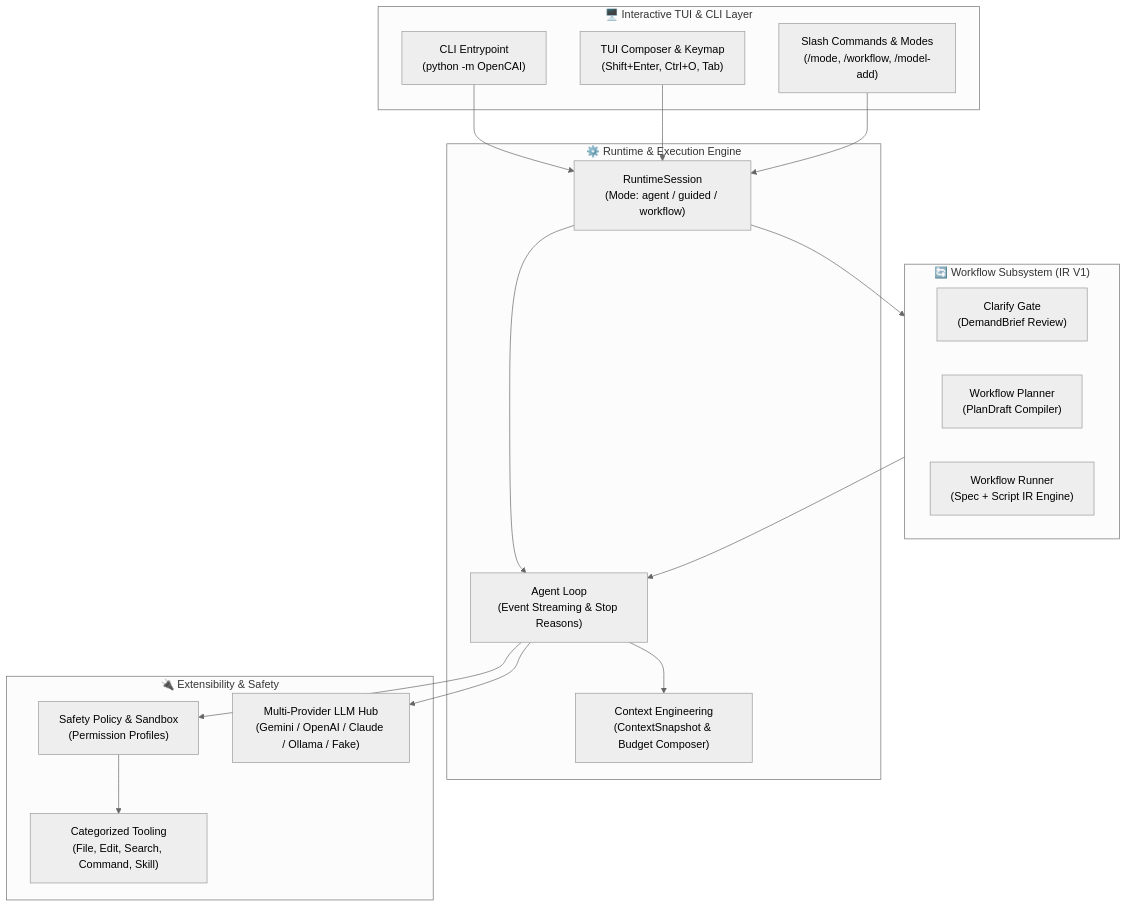
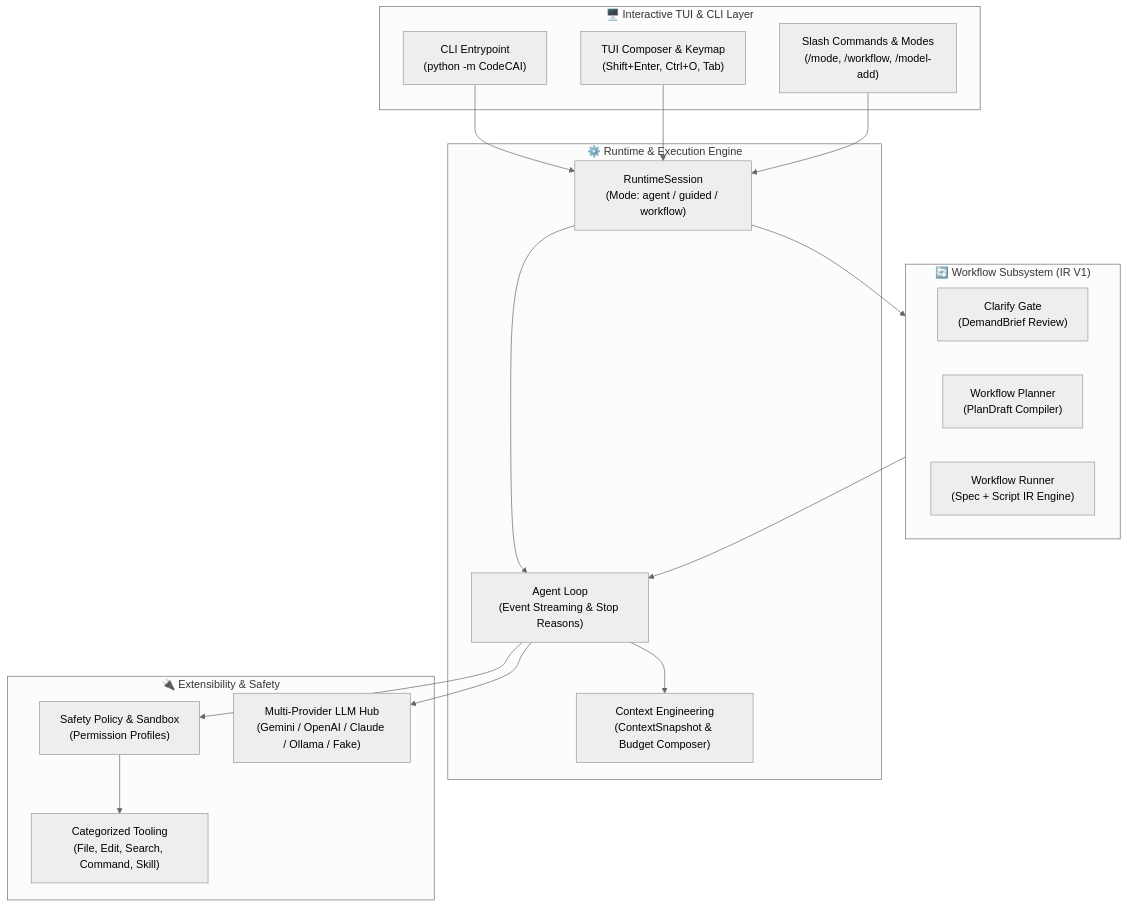
Before and after one commit to CAI5946/CodeCAI: the diagram in README.md, drawn with Mermaid (neutral theme). The commit also changed other lines of this file and 166 other files, not shown here.

Commit message:
refactor: rename project from OpenCAI to CodeCAI

````diff
--- a/README.md
+++ b/README.md
@@ -44,37 +44,37 @@
 ```mermaid
 graph TB
     subgraph UserInterface["🖥️ Interactive TUI & CLI Layer"]
-        CLI["CLI Entrypoint\n(python -m OpenCAI)"]
+        CLI["CLI Entrypoint\n(python -m CodeCAI)"]
         TUI["TUI Composer & Keymap\n(Shift+Enter, Ctrl+O, Tab)"]
         Commands["Slash Commands & Modes\n(/mode, /workflow, /model-add)"]
     end
 
     subgraph CoreRuntime["⚙️ Runtime & Execution Engine"]
         Session["RuntimeSession\n(Mode: agent / guided / workflow)"]
         Loop["Agent Loop\n(Event Streaming & Stop Reasons)"]
         ContextEng["Context Engineering\n(ContextSnapshot & Budget Composer)"]
     end
 
     subgraph WorkflowEngine["🔄 Workflow Subsystem (IR V1)"]
         Clarify["Clarify Gate\n(DemandBrief Review)"]
         Planner["Workflow Planner\n(PlanDraft Compiler)"]
         Runner["Workflow Runner\n(Spec + Script IR Engine)"]
     end
 
     subgraph AdaptersTools["🔌 Extensibility & Safety"]
         Safety["Safety Policy & Sandbox\n(Permission Profiles)"]
         Toolbox["Categorized Tooling\n(File, Edit, Search, Command, Skill)"]
         LLMHub["Multi-Provider LLM Hub\n(Gemini / OpenAI / Claude / Ollama / Fake)"]
     end
 
     CLI --> Session
     TUI --> Session
     Commands --> Session
     Session --> Loop
     Session --> WorkflowEngine
     WorkflowEngine --> Loop
     Loop --> ContextEng
     Loop --> Safety
     Safety --> Toolbox
     Loop --> LLMHub
 ```
````
